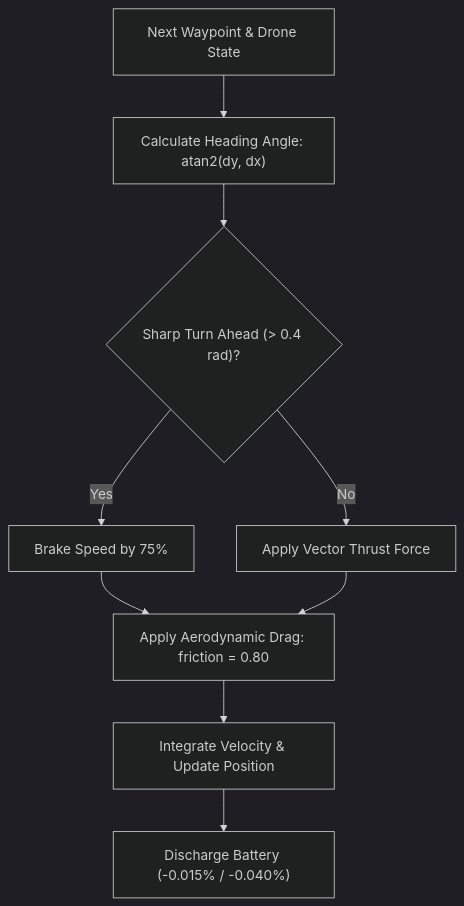
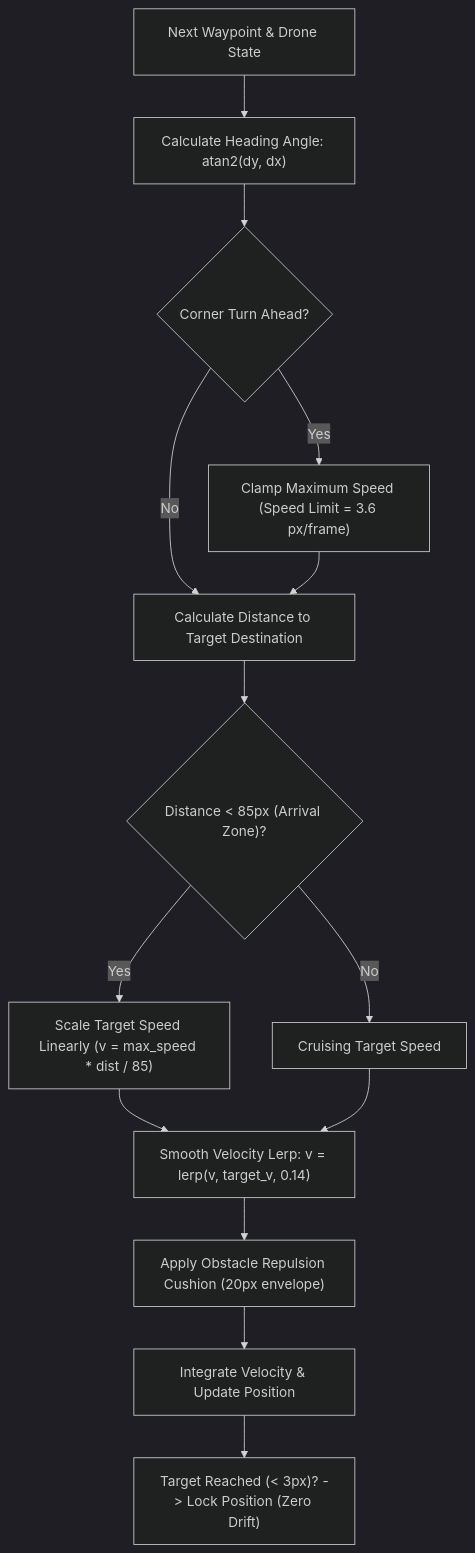
Before and after one commit to kailash6207/drone-autopilot: the fifth of 7 diagrams in README.md, drawn with Mermaid (dark theme). The commit also changed other lines of this file, not shown here.

Commit message:
docs: update README with centered A*, corner safety, aerodynamics, and geofence alerts

````diff
--- a/README.md
+++ b/README.md
@@ -138,11 +146,16 @@
 ```mermaid
 flowchart TD
     A["Next Waypoint & Drone State"] --> B["Calculate Heading Angle: atan2(dy, dx)"]
-    B --> C{"Sharp Turn Ahead (> 0.4 rad)?"}
-    C -- Yes --> D["Brake Speed by 75%"]
-    C -- No --> E["Apply Vector Thrust Force"]
-    D --> F["Apply Aerodynamic Drag: friction = 0.80"]
-    E --> F
-    F --> G["Integrate Velocity & Update Position"]
-    G --> H["Discharge Battery (-0.015% / -0.040%)"]
+    B --> C{"Corner Turn Ahead?"}
+    C -- Yes --> D["Clamp Maximum Speed (Speed Limit = 3.6 px/frame)"]
+    C -- No --> E["Calculate Distance to Target Destination"]
+    D --> E
+    E --> F{"Distance < 85px (Arrival Zone)?"}
+    F -- Yes --> G["Scale Target Speed Linearly (v = max_speed * dist / 85)"]
+    F -- No --> H["Cruising Target Speed"]
+    G --> I["Smooth Velocity Lerp: v = lerp(v, target_v, 0.14)"]
+    H --> I
+    I --> J["Apply Obstacle Repulsion Cushion (20px envelope)"]
+    J --> K["Integrate Velocity & Update Position"]
+    K --> L["Target Reached (< 3px)? -> Lock Position (Zero Drift)"]
 ```
````
